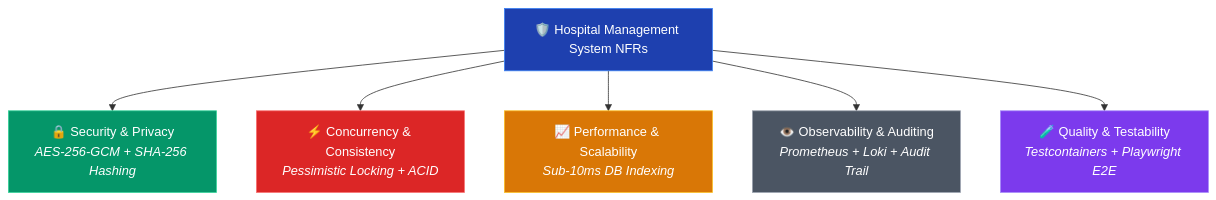
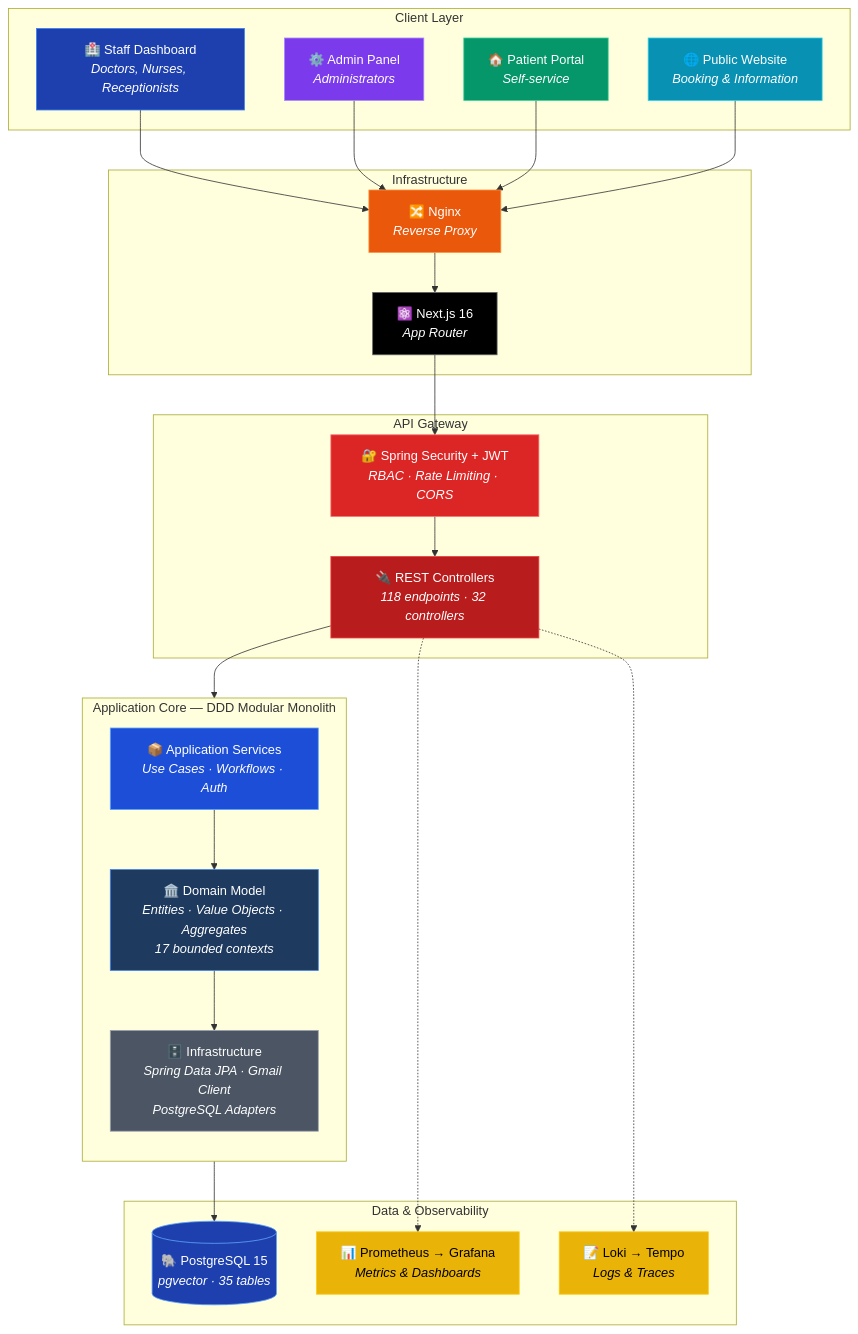
The first of 3 diagrams in README.md (qwan30/hospital-management-system), drawn with Mermaid before and after one commit. The commit also changed other lines of this file and 11 other files, not shown here.

````diff
--- a/README.md
+++ b/README.md
@@ -113,16 +50,61 @@
 ```mermaid
-graph TD
-    NFR["🛡️ Hospital Management System NFRs"]
-    NFR --> N1["🔒 Security & Privacy<br/><i>AES-256-GCM + SHA-256 Hashing</i>"]
-    NFR --> N2["⚡ Concurrency & Consistency<br/><i>Pessimistic Locking + ACID</i>"]
-    NFR --> N3["📈 Performance & Scalability<br/><i>Sub-10ms DB Indexing</i>"]
-    NFR --> N4["👁️ Observability & Auditing<br/><i>Prometheus + Loki + Audit Trail</i>"]
-    NFR --> N5["🧪 Quality & Testability<br/><i>Testcontainers + Playwright E2E</i>"]
+graph TB
+    subgraph "Client Layer"
+        A["🏥 Staff Dashboard<br/><i>Doctors, Nurses, Receptionists</i>"]
+        B["⚙️ Admin Panel<br/><i>Administrators</i>"]
+        C["🏠 Patient Portal<br/><i>Self-service</i>"]
+        D["🌐 Public Website<br/><i>Booking & Information</i>"]
+    end
 
-    style NFR fill:#1e40af,stroke:#3b82f6,color:#fff
-    style N1 fill:#059669,stroke:#34d399,color:#fff
-    style N2 fill:#dc2626,stroke:#f87171,color:#fff
-    style N3 fill:#d97706,stroke:#fbbf24,color:#fff
-    style N4 fill:#4b5563,stroke:#9ca3af,color:#fff
-    style N5 fill:#7c3aed,stroke:#a78bfa,color:#fff
+    subgraph "Infrastructure"
+        N["🔀 Nginx<br/><i>Reverse Proxy</i>"]
+        F["⚛️ Next.js 16<br/><i>App Router</i>"]
+    end
+
+    subgraph "API Gateway"
+        G["🔐 Spring Security + JWT<br/><i>RBAC · Rate Limiting · CORS</i>"]
+        H["🔌 REST Controllers<br/><i>118 endpoints · 32 controllers</i>"]
+    end
+
+    subgraph "Application Core — DDD Modular Monolith"
+        direction TB
+        I["📦 Application Services<br/><i>Use Cases · Workflows · Auth</i>"]
+        J["🏛️ Domain Model<br/><i>Entities · Value Objects · Aggregates<br/>17 bounded contexts</i>"]
+        K["🗄️ Infrastructure<br/><i>Spring Data JPA · Gmail Client<br/>PostgreSQL Adapters</i>"]
+    end
+
+    subgraph "Data & Observability"
+        L[("🐘 PostgreSQL 15<br/><i>pgvector · 35 tables</i>")]
+        M["📊 Prometheus → Grafana<br/><i>Metrics & Dashboards</i>"]
+        O["📝 Loki → Tempo<br/><i>Logs & Traces</i>"]
+    end
+
+    A --> N
+    B --> N
+    C --> N
+    D --> N
+    N --> F
+    F --> G
+    G --> H
+    H --> I
+    I --> J
+    J --> K
+    K --> L
+    H -.-> M
+    H -.-> O
+
+    style A fill:#1e40af,stroke:#3b82f6,color:#fff
+    style B fill:#7c3aed,stroke:#a78bfa,color:#fff
+    style C fill:#059669,stroke:#34d399,color:#fff
+    style D fill:#0891b2,stroke:#22d3ee,color:#fff
+    style N fill:#ea580c,stroke:#fb923c,color:#fff
+    style F fill:#000,stroke:#666,color:#fff
+    style G fill:#dc2626,stroke:#f87171,color:#fff
+    style H fill:#b91c1c,stroke:#ef4444,color:#fff
+    style I fill:#1d4ed8,stroke:#60a5fa,color:#fff
+    style J fill:#1e3a5f,stroke:#3b82f6,color:#fff
+    style K fill:#4b5563,stroke:#9ca3af,color:#fff
+    style L fill:#1e40af,stroke:#60a5fa,color:#fff
+    style M fill:#eab308,stroke:#facc15,color:#000
+    style O fill:#eab308,stroke:#facc15,color:#000
 ```
````
